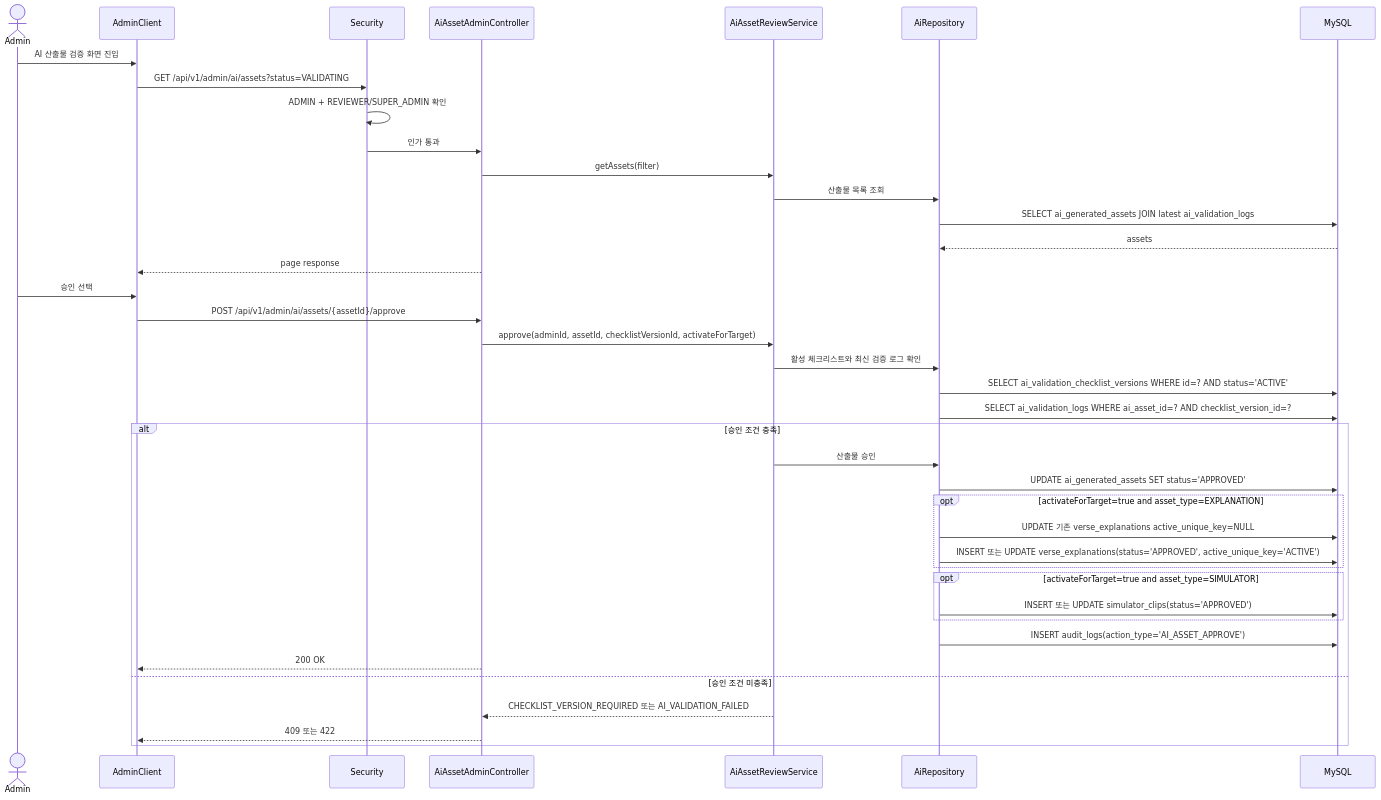
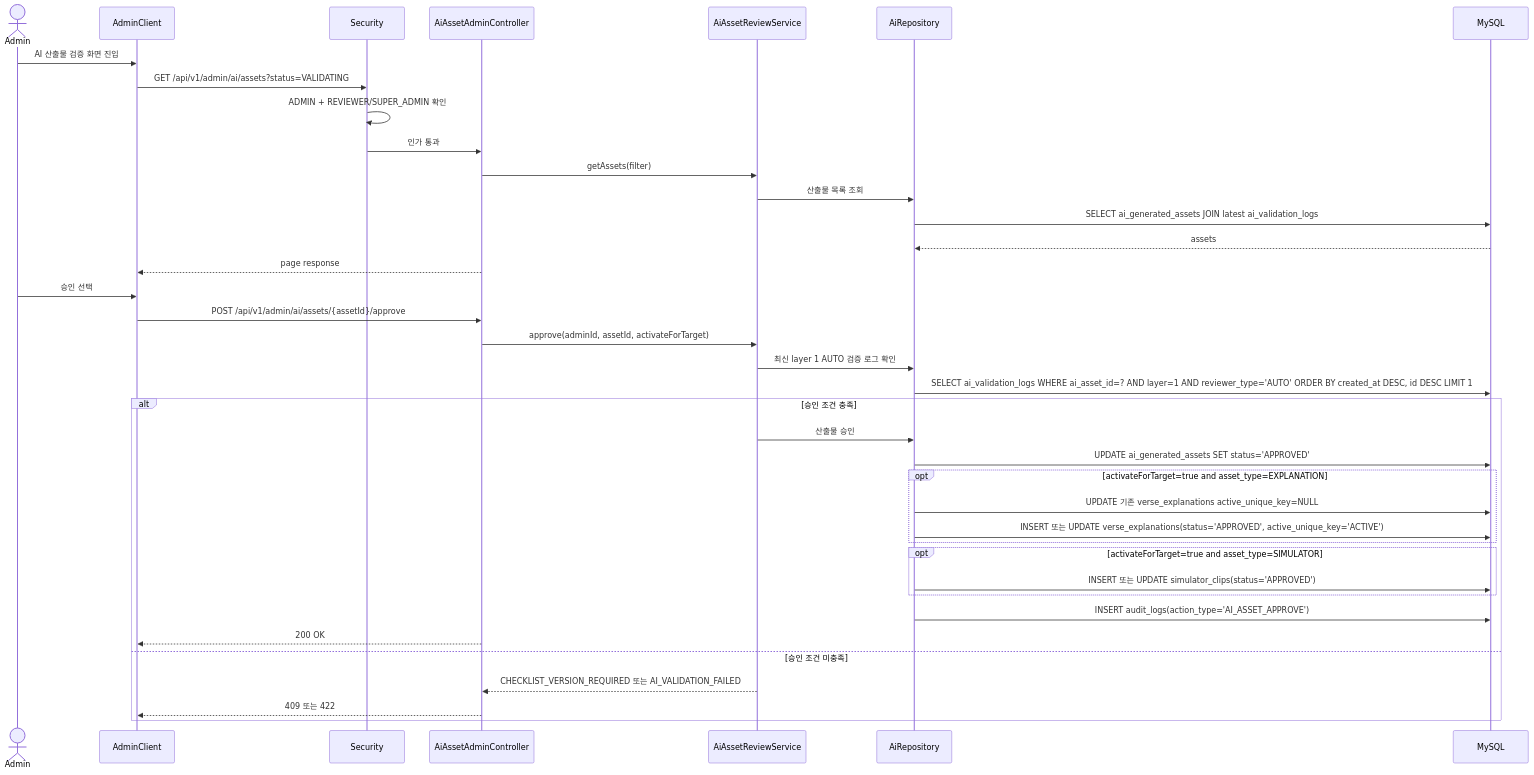
Before and after one commit to Tae0072/QT-AI-2nd-Team-Project: diagram 21 of 26 in doc/프로젝트 문서/05_시퀀스_다이어그램.md, drawn with Mermaid. The commit also changed 12 other files, not shown here.

````diff
--- a/doc/프로젝트 문서/05_시퀀스_다이어그램.md
+++ b/doc/프로젝트 문서/05_시퀀스_다이어그램.md
@@ -927,42 +927,41 @@
 ```mermaid
 sequenceDiagram
     actor Admin as Admin
     participant AdminClient as AdminClient
     participant Security as Security
     participant AiAdminApi as AiAssetAdminController
     participant ReviewService as AiAssetReviewService
     participant Repo as AiRepository
     participant MySQL as MySQL
 
     Admin->>AdminClient: AI 산출물 검증 화면 진입
     AdminClient->>Security: GET /api/v1/admin/ai/assets?status=VALIDATING
     Security->>Security: ADMIN + REVIEWER/SUPER_ADMIN 확인
     Security->>AiAdminApi: 인가 통과
     AiAdminApi->>ReviewService: getAssets(filter)
     ReviewService->>Repo: 산출물 목록 조회
     Repo->>MySQL: SELECT ai_generated_assets JOIN latest ai_validation_logs
     MySQL-->>Repo: assets
     AiAdminApi-->>AdminClient: page response
     Admin->>AdminClient: 승인 선택
     AdminClient->>AiAdminApi: POST /api/v1/admin/ai/assets/{assetId}/approve
-    AiAdminApi->>ReviewService: approve(adminId, assetId, checklistVersionId, activateForTarget)
-    ReviewService->>Repo: 활성 체크리스트와 최신 검증 로그 확인
-    Repo->>MySQL: SELECT ai_validation_checklist_versions WHERE id=? AND status='ACTIVE'
-    Repo->>MySQL: SELECT ai_validation_logs WHERE ai_asset_id=? AND checklist_version_id=?
+    AiAdminApi->>ReviewService: approve(adminId, assetId, activateForTarget)
+    ReviewService->>Repo: 최신 layer 1 AUTO 검증 로그 확인
+    Repo->>MySQL: SELECT ai_validation_logs WHERE ai_asset_id=? AND layer=1 AND reviewer_type='AUTO' ORDER BY created_at DESC, id DESC LIMIT 1
     alt 승인 조건 충족
         ReviewService->>Repo: 산출물 승인
         Repo->>MySQL: UPDATE ai_generated_assets SET status='APPROVED'
         opt activateForTarget=true and asset_type=EXPLANATION
             Repo->>MySQL: UPDATE 기존 verse_explanations active_unique_key=NULL
             Repo->>MySQL: INSERT 또는 UPDATE verse_explanations(status='APPROVED', active_unique_key='ACTIVE')
         end
         opt activateForTarget=true and asset_type=SIMULATOR
             Repo->>MySQL: INSERT 또는 UPDATE simulator_clips(status='APPROVED')
         end
         Repo->>MySQL: INSERT audit_logs(action_type='AI_ASSET_APPROVE')
         AiAdminApi-->>AdminClient: 200 OK
     else 승인 조건 미충족
         ReviewService-->>AiAdminApi: CHECKLIST_VERSION_REQUIRED 또는 AI_VALIDATION_FAILED
         AiAdminApi-->>AdminClient: 409 또는 422
     end
 ```
````
